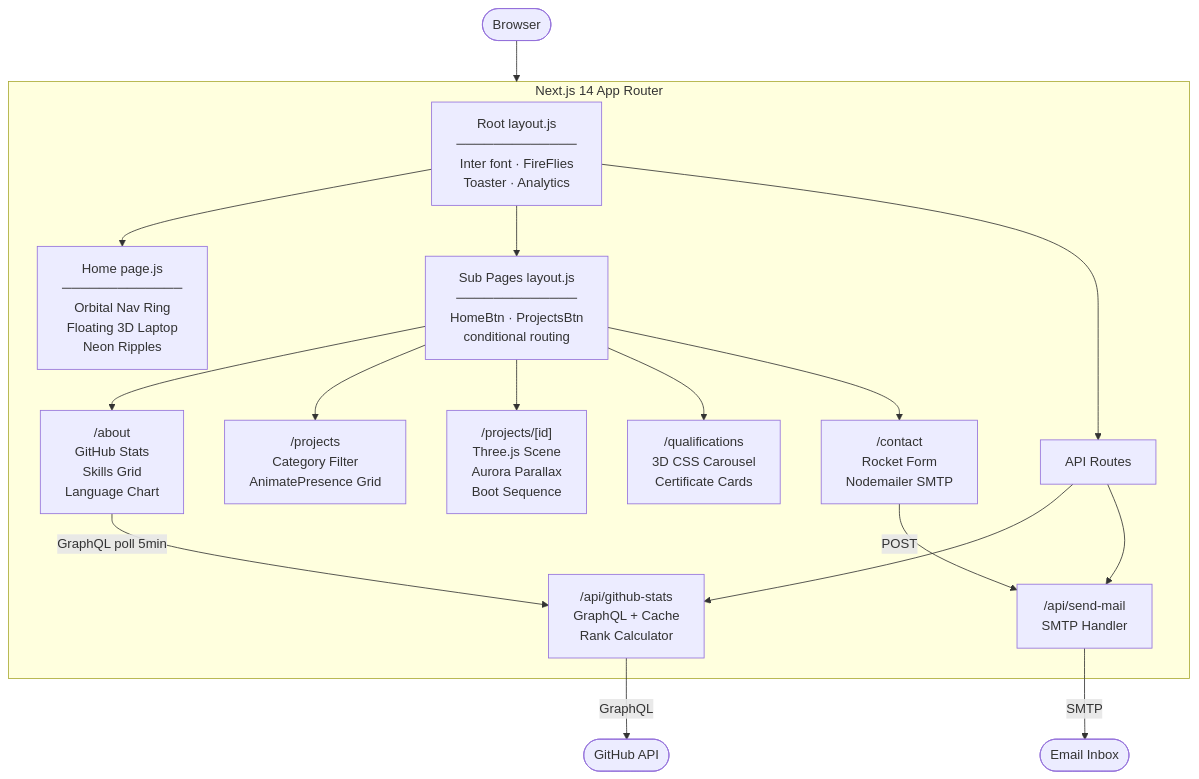
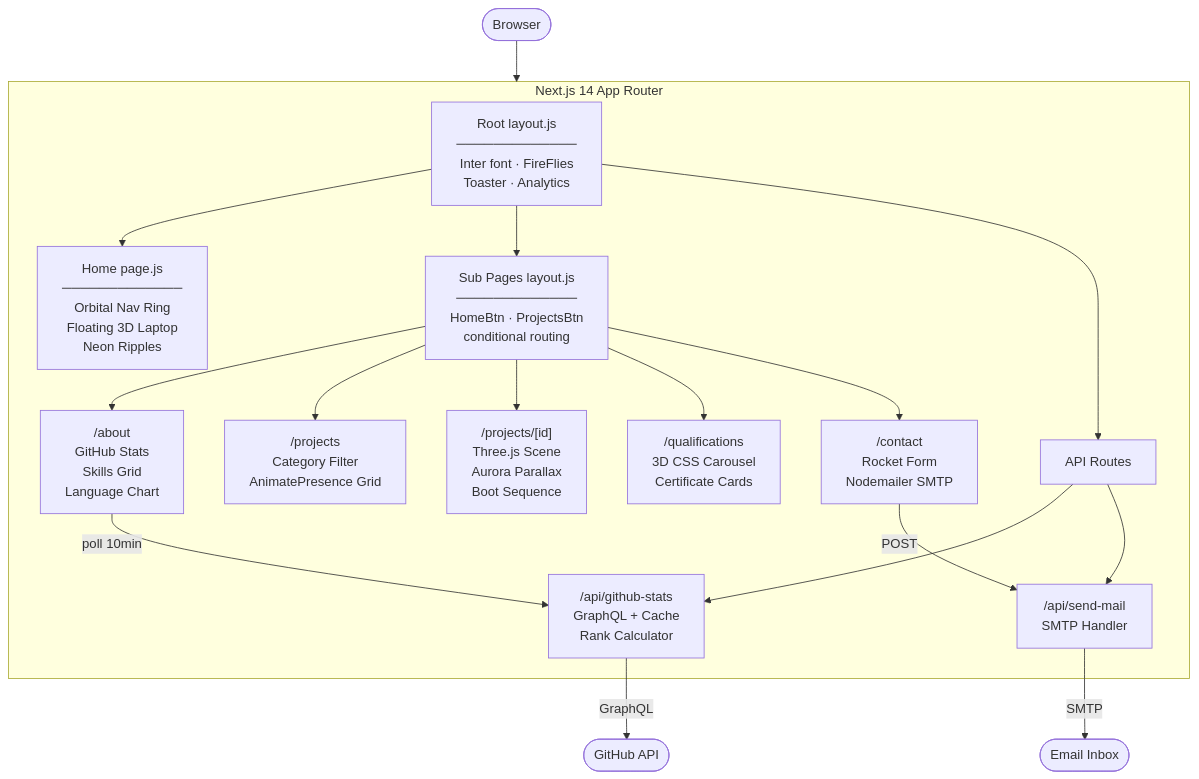
Before and after one commit to MA1002643/theabdullahfolio: the first of 2 diagrams in README.md, drawn with Mermaid. The commit also changed other lines of this file and 3 other files, not shown here.

````diff
--- a/README.md
+++ b/README.md
@@ -130,27 +130,27 @@
 ```mermaid
 graph TD
     Browser([Browser]) --> AppRouter
 
     subgraph AppRouter["Next.js 14 App Router"]
         Root["Root layout.js<br/>─────────────<br/>Inter font · FireFlies<br/>Toaster · Analytics"]
 
         Root --> Home["Home page.js<br/>─────────────<br/>Orbital Nav Ring<br/>Floating 3D Laptop<br/>Neon Ripples"]
 
         Root --> SubLayout["Sub Pages layout.js<br/>─────────────<br/>HomeBtn · ProjectsBtn<br/>conditional routing"]
 
         SubLayout --> About["/about<br/>GitHub Stats<br/>Skills Grid<br/>Language Chart"]
         SubLayout --> Projects["/projects<br/>Category Filter<br/>AnimatePresence Grid"]
         SubLayout --> ProjectDetail["/projects/[id]<br/>Three.js Scene<br/>Aurora Parallax<br/>Boot Sequence"]
         SubLayout --> Qualifications["/qualifications<br/>3D CSS Carousel<br/>Certificate Cards"]
         SubLayout --> Contact["/contact<br/>Rocket Form<br/>Nodemailer SMTP"]
 
         Root --> API["API Routes"]
         API --> GHStats["/api/github-stats<br/>GraphQL + Cache<br/>Rank Calculator"]
         API --> SendMail["/api/send-mail<br/>SMTP Handler"]
     end
 
-    About -- "GraphQL poll 5min" --> GHStats
+    About -- "poll 10min" --> GHStats
     Contact -- "POST" --> SendMail
     SendMail -- "SMTP" --> Email([Email Inbox])
     GHStats -- "GraphQL" --> GitHub([GitHub API])
 ```
````
